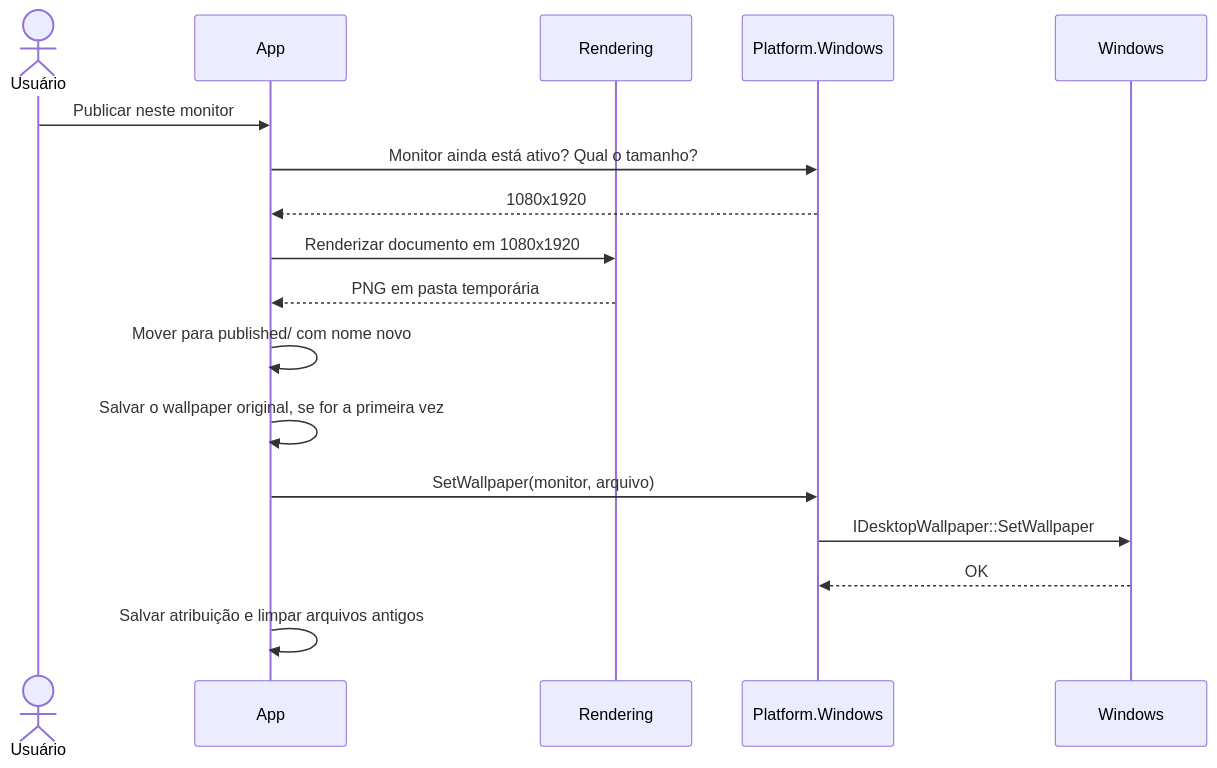
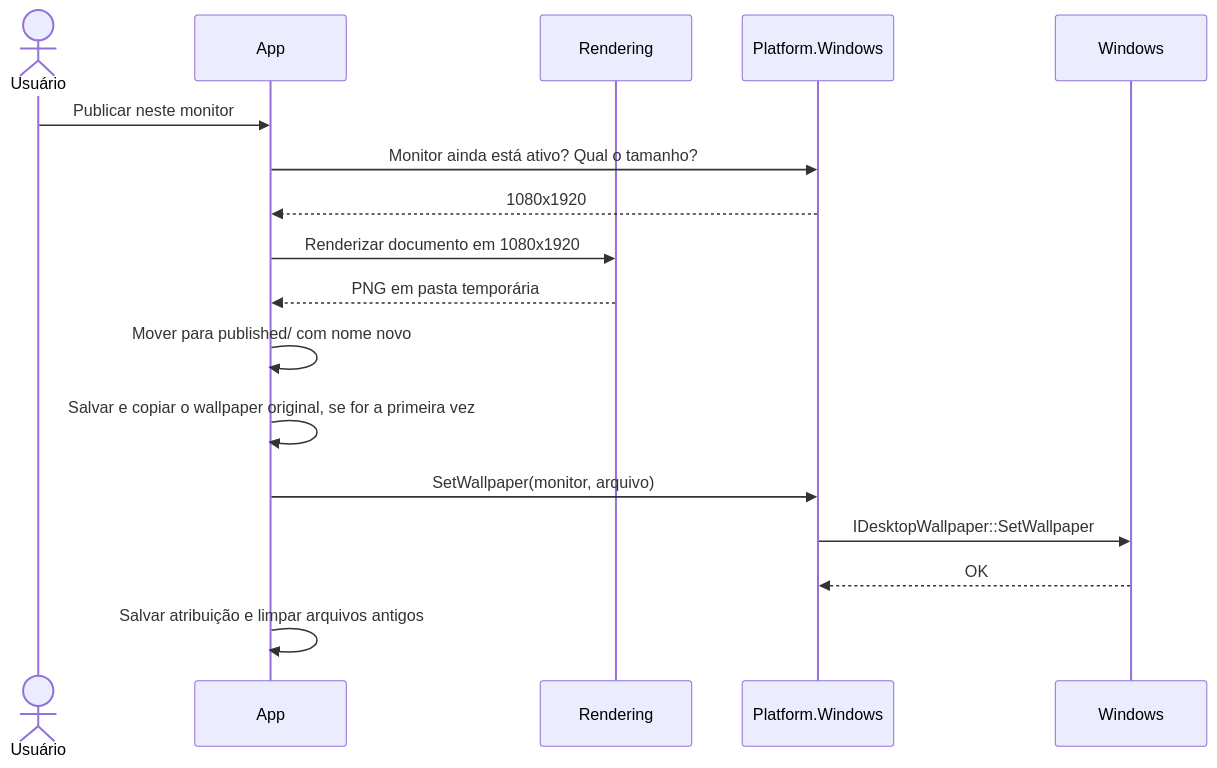
Before and after one commit to Sakamoto0110/WallpaperEditor: the third of 5 diagrams in docs/02-arquitetura.md, drawn with Mermaid. The commit also changed other lines of this file and 36 other files, not shown here.

````diff
--- a/docs/02-arquitetura.md
+++ b/docs/02-arquitetura.md
@@ -69,20 +74,20 @@
 ```mermaid
 sequenceDiagram
     actor U as Usuário
     participant A as App
     participant R as Rendering
     participant P as Platform.Windows
     participant W as Windows
 
     U->>A: Publicar neste monitor
     A->>P: Monitor ainda está ativo? Qual o tamanho?
     P-->>A: 1080x1920
     A->>R: Renderizar documento em 1080x1920
     R-->>A: PNG em pasta temporária
     A->>A: Mover para published/ com nome novo
-    A->>A: Salvar o wallpaper original, se for a primeira vez
+    A->>A: Salvar e copiar o wallpaper original, se for a primeira vez
     A->>P: SetWallpaper(monitor, arquivo)
     P->>W: IDesktopWallpaper::SetWallpaper
     W-->>P: OK
     A->>A: Salvar atribuição e limpar arquivos antigos
 ```
````
